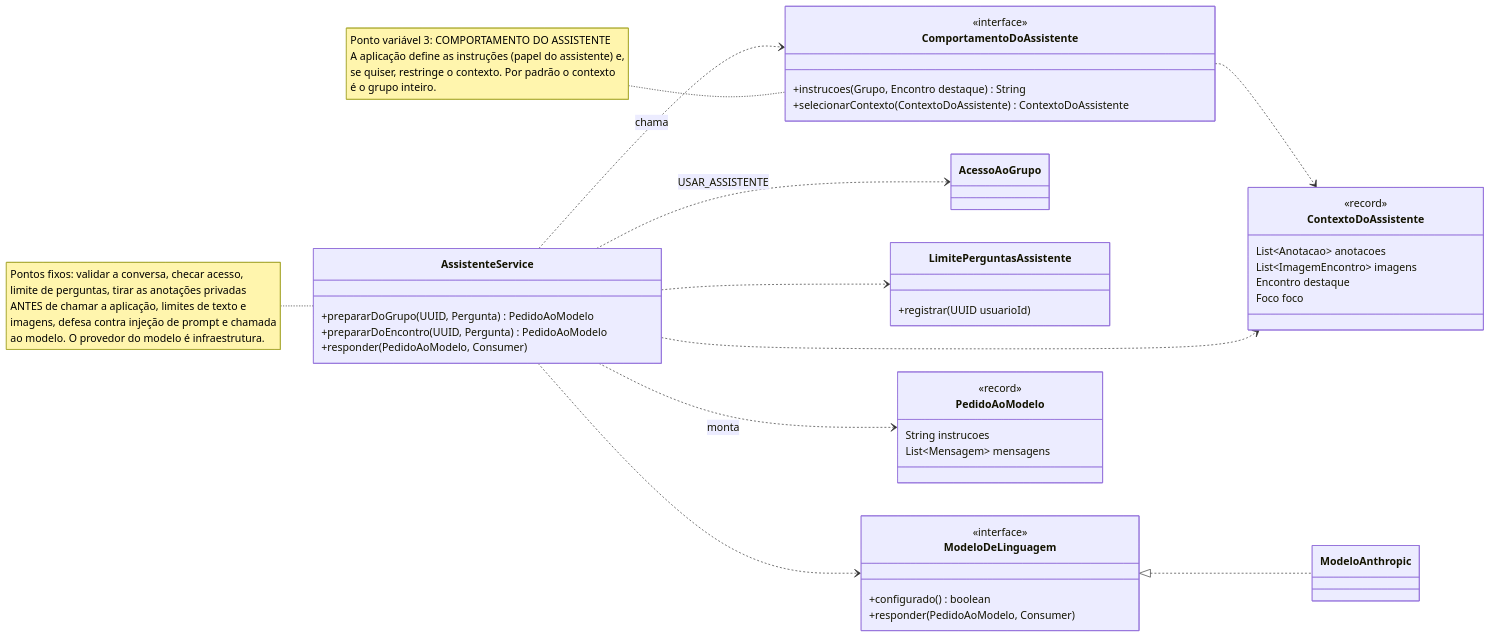
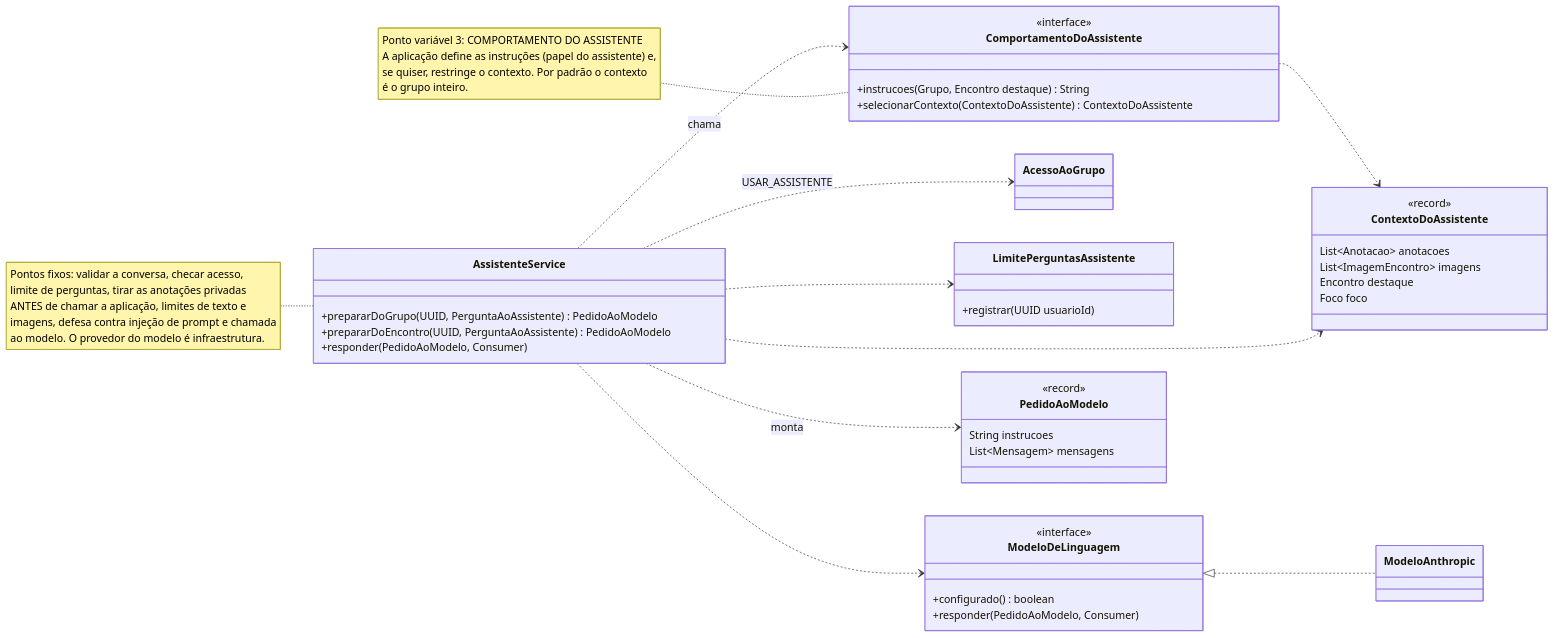
One commit to Jamykson/AllGenda changed the sixth of 7 diagrams in docs/framework/diagrama-de-classes.md. Above: the diagram before and after it, drawn with Mermaid. The commit also changed other lines of this file and 7 other files, not shown here.

````diff
--- a/docs/framework/diagrama-de-classes.md
+++ b/docs/framework/diagrama-de-classes.md
@@ -461,49 +474,49 @@
 ```mermaid
 classDiagram
 direction LR
 
 class ComportamentoDoAssistente {
   <<interface>>
   +instrucoes(Grupo, Encontro destaque) String
   +selecionarContexto(ContextoDoAssistente) ContextoDoAssistente
 }
 class ContextoDoAssistente {
   <<record>>
   List~Anotacao~ anotacoes
   List~ImagemEncontro~ imagens
   Encontro destaque
   Foco foco
 }
 class AssistenteService {
-  +prepararDoGrupo(UUID, Pergunta) PedidoAoModelo
-  +prepararDoEncontro(UUID, Pergunta) PedidoAoModelo
+  +prepararDoGrupo(UUID, PerguntaAoAssistente) PedidoAoModelo
+  +prepararDoEncontro(UUID, PerguntaAoAssistente) PedidoAoModelo
   +responder(PedidoAoModelo, Consumer)
 }
 class AcessoAoGrupo
 class LimitePerguntasAssistente {
   +registrar(UUID usuarioId)
 }
 class ModeloDeLinguagem {
   <<interface>>
   +configurado() boolean
   +responder(PedidoAoModelo, Consumer)
 }
 class ModeloAnthropic
 class PedidoAoModelo {
   <<record>>
   String instrucoes
   List~Mensagem~ mensagens
 }
 
 ModeloDeLinguagem <|.. ModeloAnthropic
 AssistenteService ..> AcessoAoGrupo : USAR_ASSISTENTE
 AssistenteService ..> LimitePerguntasAssistente
 AssistenteService ..> ComportamentoDoAssistente : chama
 AssistenteService ..> ContextoDoAssistente
 ComportamentoDoAssistente ..> ContextoDoAssistente
 AssistenteService ..> ModeloDeLinguagem
 AssistenteService ..> PedidoAoModelo : monta
 
 note for ComportamentoDoAssistente "Ponto variável 3: COMPORTAMENTO DO ASSISTENTE<br/>A aplicação define as instruções (papel do assistente) e,<br/>se quiser, restringe o contexto. Por padrão o contexto<br/>é o grupo inteiro."
 note for AssistenteService "Pontos fixos: validar a conversa, checar acesso,<br/>limite de perguntas, tirar as anotações privadas<br/>ANTES de chamar a aplicação, limites de texto e<br/>imagens, defesa contra injeção de prompt e chamada<br/>ao modelo. O provedor do modelo é infraestrutura."
 ```
````
